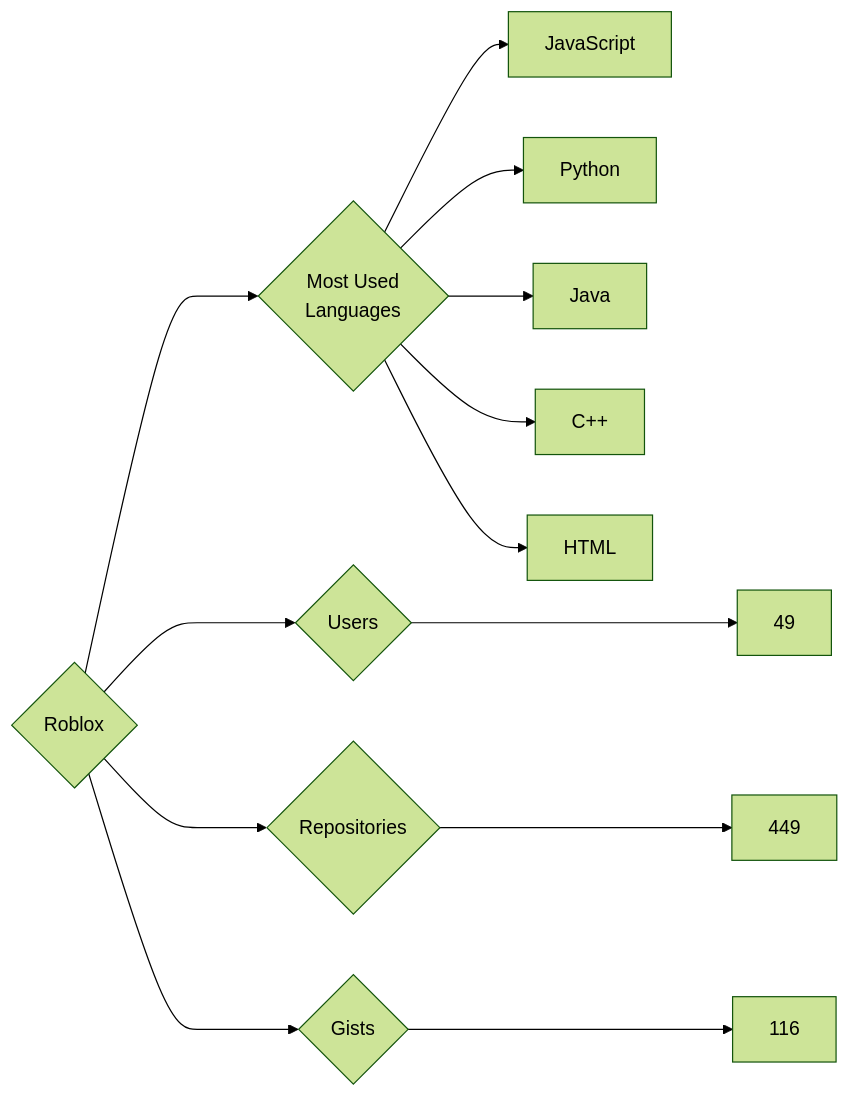
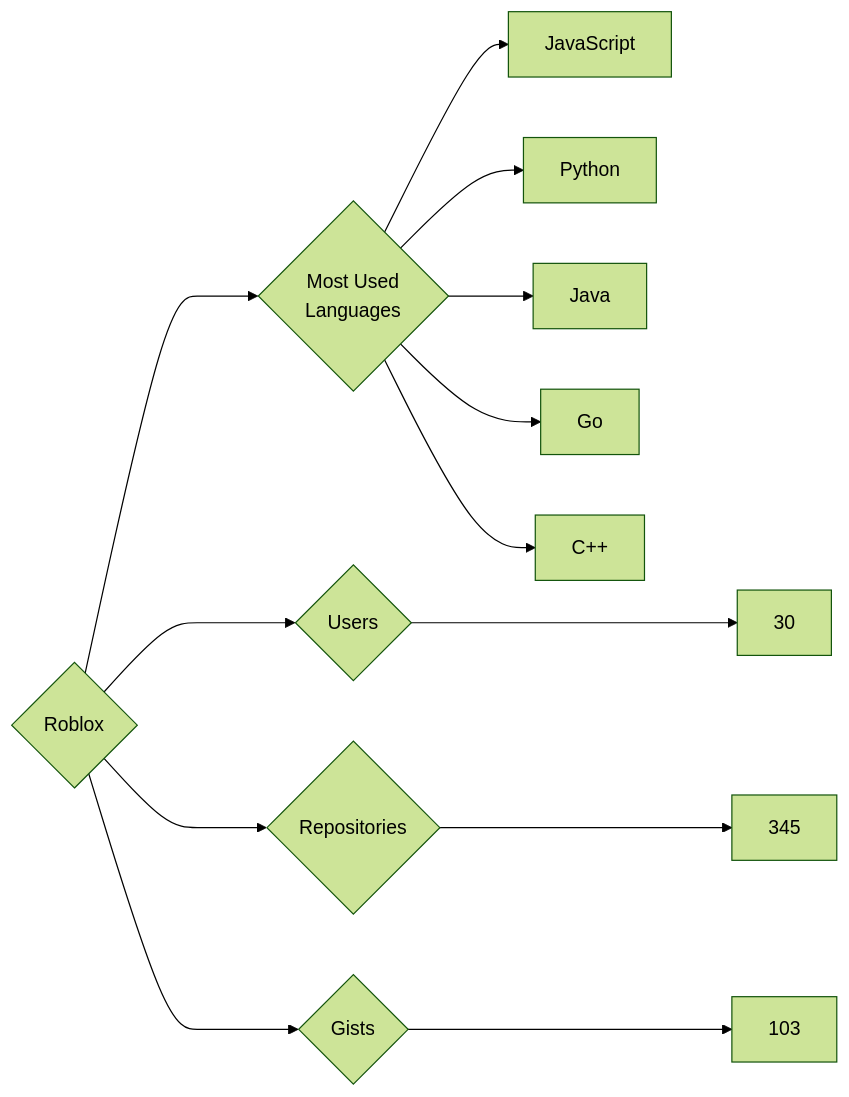
Before and after one commit to trickest/insiders: the diagram in targets/Roblox/README.md, drawn with Mermaid (forest theme). The commit also changed 995 other files, not shown here.

````diff
--- a/targets/Roblox/README.md
+++ b/targets/Roblox/README.md
@@ -3,13 +3,13 @@
 ```mermaid
 graph LR
 COMPANY_NAME{Roblox}
-COMPANY_NAME ---> U{Users} ---> UN[49]
-COMPANY_NAME ---> R{Repositories} ---> RN[449]
-COMPANY_NAME ---> G{Gists} ---> GN[116]
+COMPANY_NAME ---> U{Users} ---> UN[30]
+COMPANY_NAME ---> R{Repositories} ---> RN[345]
+COMPANY_NAME ---> G{Gists} ---> GN[103]
 COMPANY_NAME ---> ML{Most Used<br>Languages}
 ML --> JavaScript[JavaScript]
 ML --> Python[Python]
 ML --> Java[Java]
+ML --> Go[Go]
 ML --> C++[C++]
-ML --> HTML[HTML]
 ```
````
